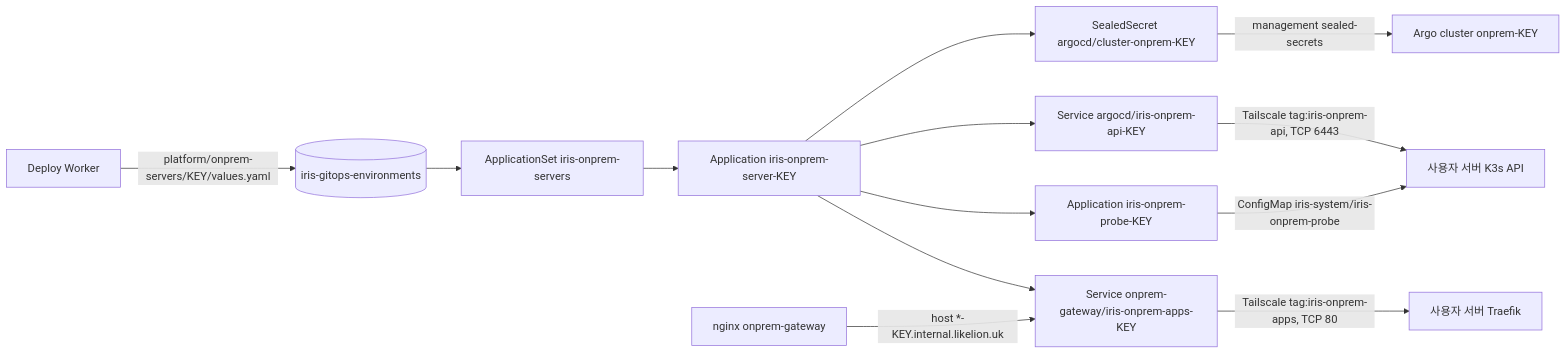
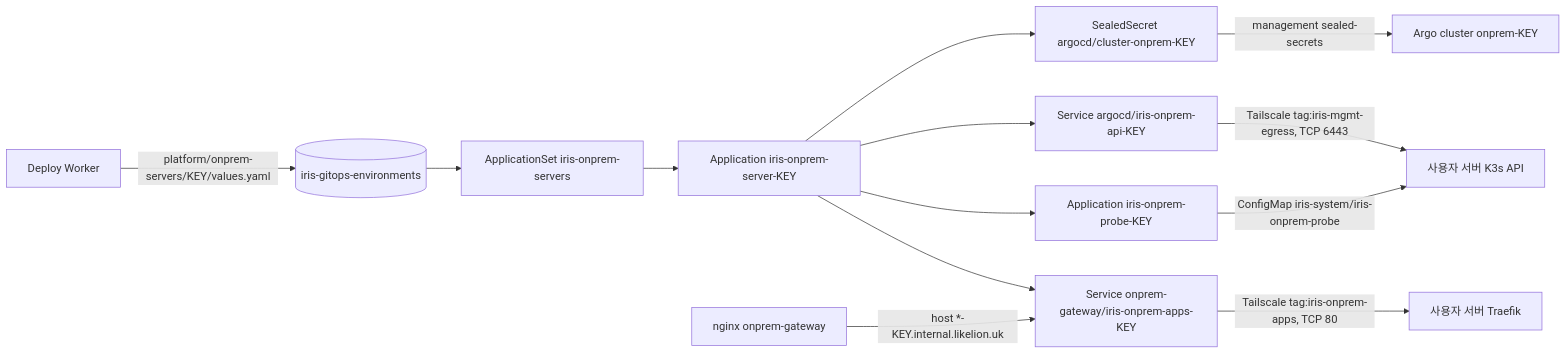
One commit to 2026-softbank-1/iris-infra changed the diagram in docs/runbooks/onprem-server-registration.md. Above: the diagram before and after it, drawn with Mermaid. The commit also changed other lines of this file and 5 other files, not shown here.

First line of the commit message:
fix: 서버별 API egress 프록시에 태그를 지정하지 않음

````diff
--- a/docs/runbooks/onprem-server-registration.md
+++ b/docs/runbooks/onprem-server-registration.md
@@ -5,15 +5,15 @@
 ```mermaid
 flowchart LR
   W[Deploy Worker] -->|platform/onprem-servers/KEY/values.yaml| G[(iris-gitops-environments)]
   G --> AS[ApplicationSet iris-onprem-servers]
   AS --> S[Application iris-onprem-server-KEY]
   S --> SS[SealedSecret argocd/cluster-onprem-KEY]
   S --> E1[Service argocd/iris-onprem-api-KEY]
   S --> E2[Service onprem-gateway/iris-onprem-apps-KEY]
   S --> P[Application iris-onprem-probe-KEY]
   SS -->|management sealed-secrets| C[Argo cluster onprem-KEY]
-  E1 -->|Tailscale tag:iris-onprem-api, TCP 6443| K[사용자 서버 K3s API]
+  E1 -->|Tailscale tag:iris-mgmt-egress, TCP 6443| K[사용자 서버 K3s API]
   P -->|ConfigMap iris-system/iris-onprem-probe| K
   N[nginx onprem-gateway] -->|host *-KEY.internal.likelion.uk| E2
   E2 -->|Tailscale tag:iris-onprem-apps, TCP 80| T[사용자 서버 Traefik]
 ```
````
